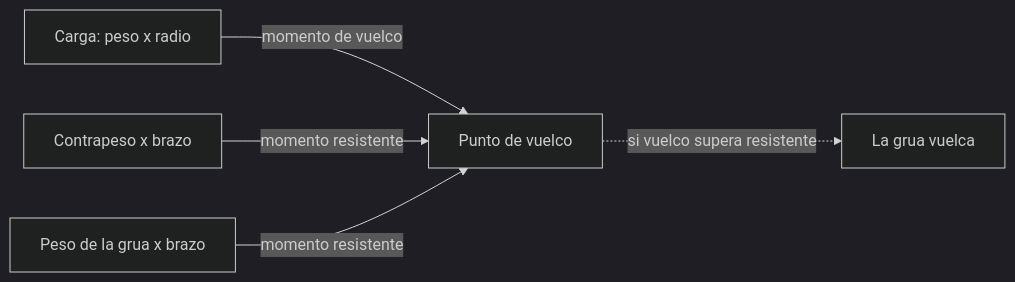
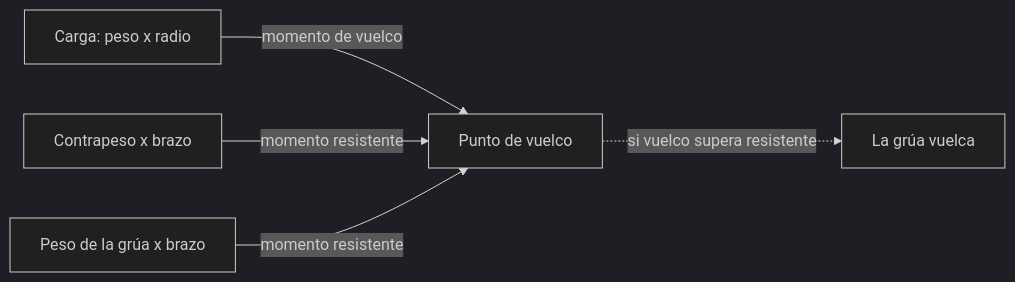
The third of 4 diagrams in vehiculos/gruas/operacion/sistemas-mecanicos-grua.md (vladimiracunadev-create/machine-operator-program), drawn with Mermaid (dark theme) before and after one commit. The commit also changed other lines of this file and 442 other files, not shown here.

````diff
--- a/vehiculos/gruas/operacion/sistemas-mecanicos-grua.md
+++ b/vehiculos/gruas/operacion/sistemas-mecanicos-grua.md
@@ -146,7 +146,7 @@
 ```mermaid
 flowchart LR
     Carga[Carga: peso x radio] -->|momento de vuelco| Punto[Punto de vuelco]
     Contrapeso[Contrapeso x brazo] -->|momento resistente| Punto
-    Base[Peso de la grua x brazo] -->|momento resistente| Punto
-    Punto -. si vuelco supera resistente .-> Vuelco[La grua vuelca]
+    Base[Peso de la grúa x brazo] -->|momento resistente| Punto
+    Punto -. si vuelco supera resistente .-> Vuelco[La grúa vuelca]
 ```
````
